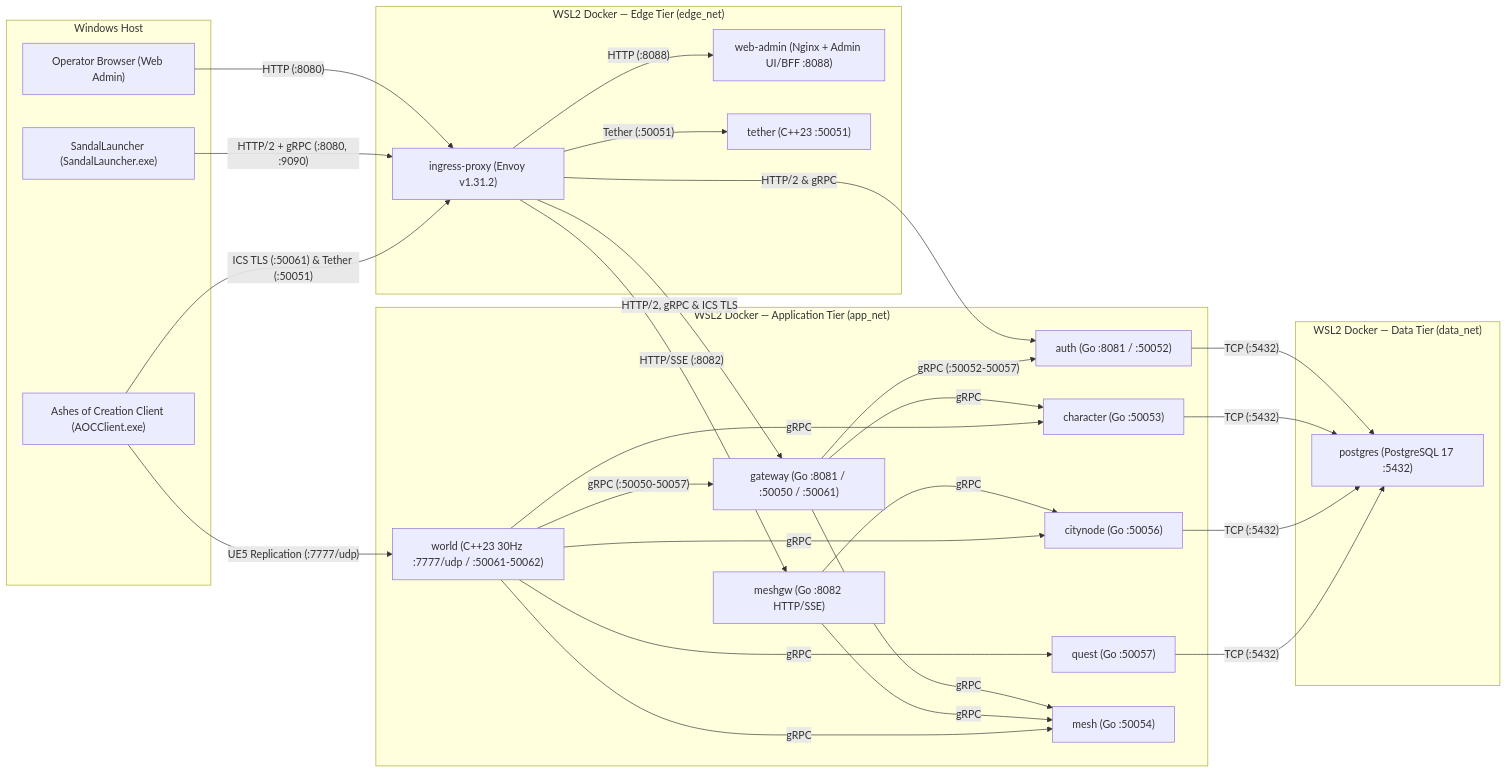
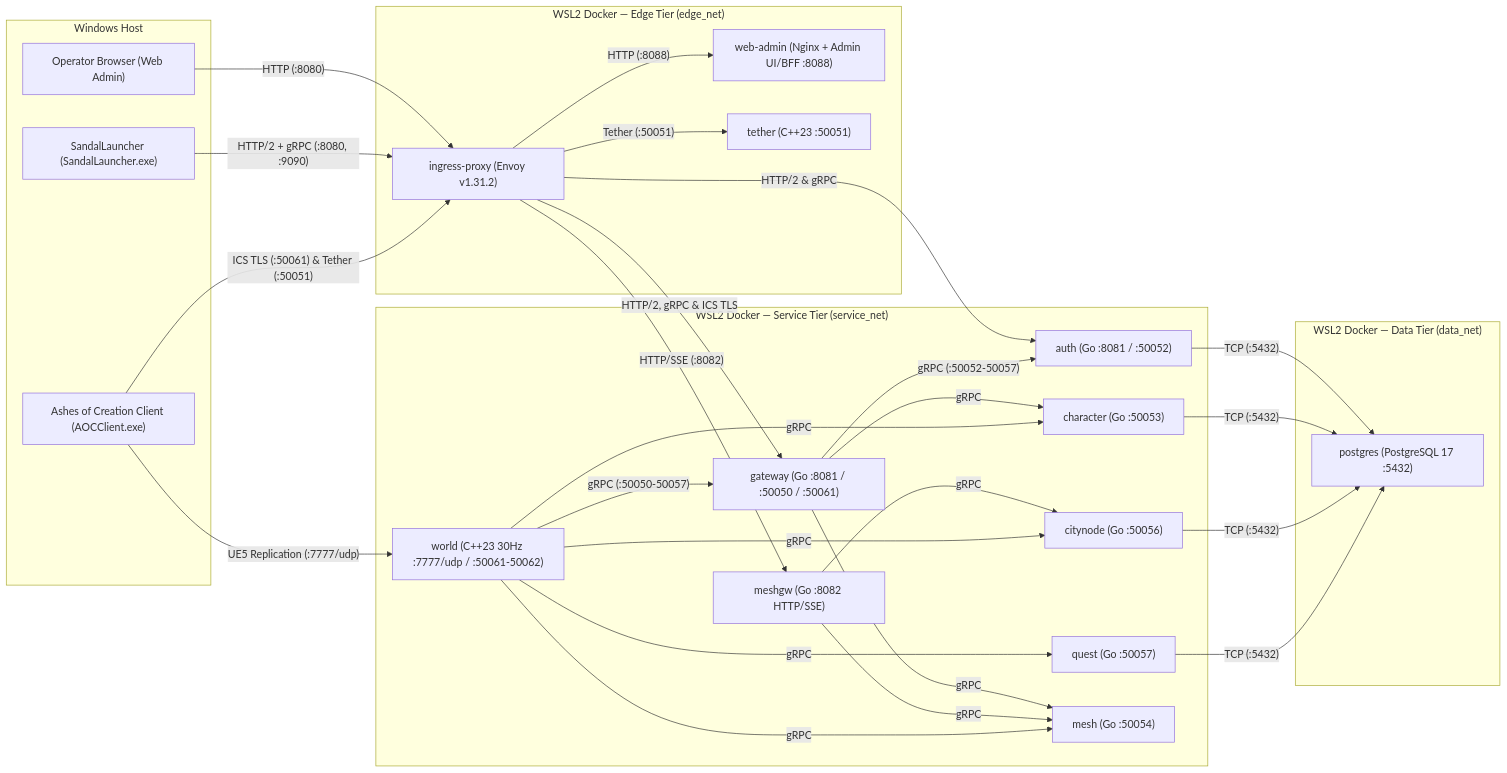
The diagram in README.md (debuggin/SandalCore), drawn with Mermaid before and after one commit. The commit also changed other lines of this file and 102 other files, not shown here.

````diff
--- a/README.md
+++ b/README.md
@@ -26,56 +26,56 @@
 ```mermaid
 flowchart LR
     subgraph host_win["Windows Host"]
         launcher["SandalLauncher (SandalLauncher.exe)"]
         client["Ashes of Creation Client (AOCClient.exe)"]
         browser["Operator Browser (Web Admin)"]
     end
 
     subgraph edge_net["WSL2 Docker — Edge Tier (edge_net)"]
         envoy["ingress-proxy (Envoy v1.31.2)"]
         webadmin["web-admin (Nginx + Admin UI/BFF :8088)"]
         tether["tether (C++23 :50051)"]
     end
 
-    subgraph app_net["WSL2 Docker — Application Tier (app_net)"]
+    subgraph service_net["WSL2 Docker — Service Tier (service_net)"]
         gateway["gateway (Go :8081 / :50050 / :50061)"]
         auth["auth (Go :8081 / :50052)"]
         character["character (Go :50053)"]
         citynode["citynode (Go :50056)"]
         quest["quest (Go :50057)"]
         mesh["mesh (Go :50054)"]
         meshgw["meshgw (Go :8082 HTTP/SSE)"]
         world["world (C++23 30Hz :7777/udp / :50061-50062)"]
     end
 
     subgraph data_net["WSL2 Docker — Data Tier (data_net)"]
         postgres["postgres (PostgreSQL 17 :5432)"]
     end
 
     browser -->|"HTTP (:8080)"| envoy
     launcher -->|"HTTP/2 + gRPC (:8080, :9090)"| envoy
     client -->|"ICS TLS (:50061) & Tether (:50051)"| envoy
     client -->|"UE5 Replication (:7777/udp)"| world
 
     envoy -->|"HTTP (:8088)"| webadmin
     envoy -->|"Tether (:50051)"| tether
     envoy -->|"HTTP/2, gRPC & ICS TLS"| gateway
     envoy -->|"HTTP/2 & gRPC"| auth
     envoy -->|"HTTP/SSE (:8082)"| meshgw
 
     gateway -->|"gRPC (:50052-50057)"| auth
     gateway -->|"gRPC"| character
     gateway -->|"gRPC"| mesh
     meshgw -->|"gRPC"| mesh
     meshgw -->|"gRPC"| citynode
     world -->|"gRPC (:50050-50057)"| gateway
     world -->|"gRPC"| character
     world -->|"gRPC"| citynode
     world -->|"gRPC"| quest
     world -->|"gRPC"| mesh
 
     auth -->|"TCP (:5432)"| postgres
     character -->|"TCP (:5432)"| postgres
     citynode -->|"TCP (:5432)"| postgres
     quest -->|"TCP (:5432)"| postgres
 ```
````
